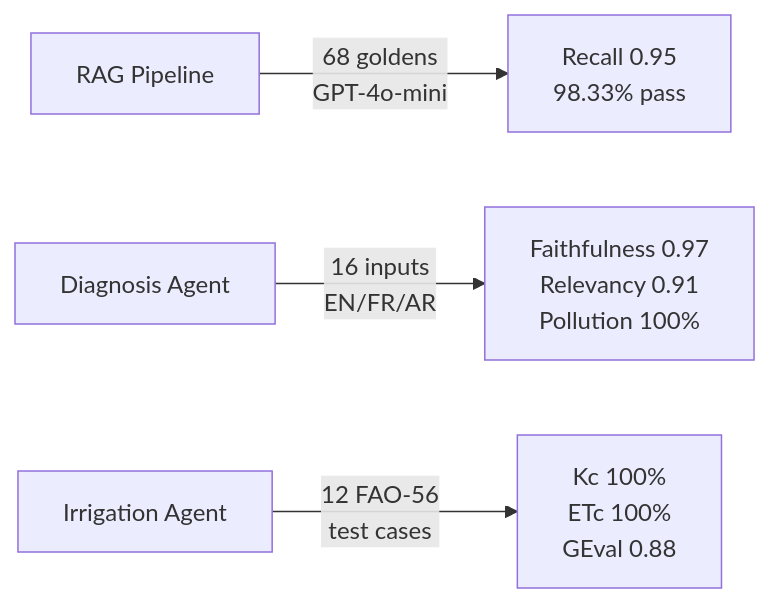
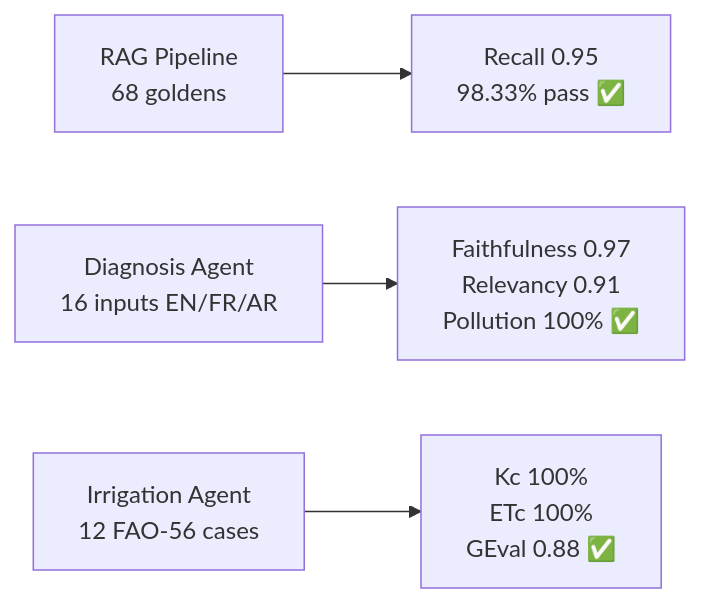
The second of 2 diagrams in README.md (omarfh111/Gabesi-AIGuardian), drawn with Mermaid before and after one commit. The commit also changed other lines of this file, not shown here.

Commit message:
docs: updated README — full architecture, 51 tests, all eval results, complete API reference

````diff
--- a/README.md
+++ b/README.md
@@ -407,6 +287,6 @@
 ```mermaid
 graph LR
-    A[RAG Pipeline] -->|68 goldens\nGPT-4o-mini| B[Recall 0.95\n98.33% pass]
-    C[Diagnosis Agent] -->|16 inputs\nEN/FR/AR| D[Faithfulness 0.97\nRelevancy 0.91\nPollution 100%]
-    E[Irrigation Agent] -->|12 FAO-56\ntest cases| F[Kc 100%\nETc 100%\nGEval 0.88]
+    A[RAG Pipeline\n68 goldens] --> B[Recall 0.95\n98.33% pass ✅]
+    C[Diagnosis Agent\n16 inputs EN/FR/AR] --> D[Faithfulness 0.97\nRelevancy 0.91\nPollution 100% ✅]
+    E[Irrigation Agent\n12 FAO-56 cases] --> F[Kc 100%\nETc 100%\nGEval 0.88 ✅]
 ```
````
